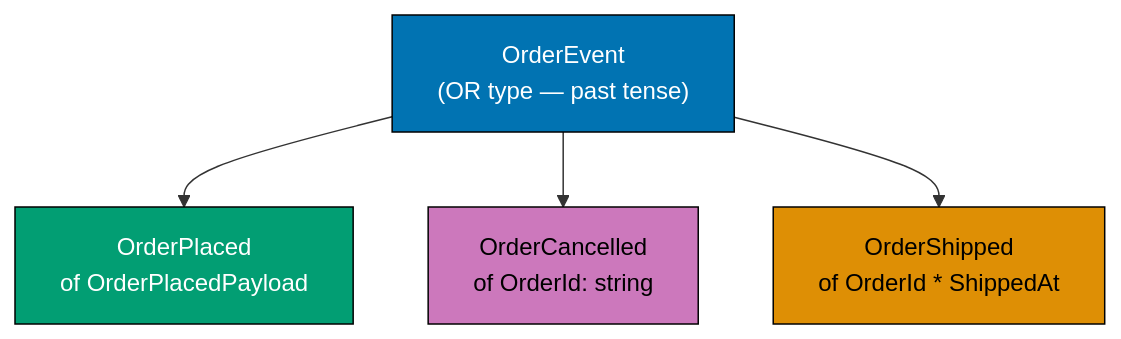
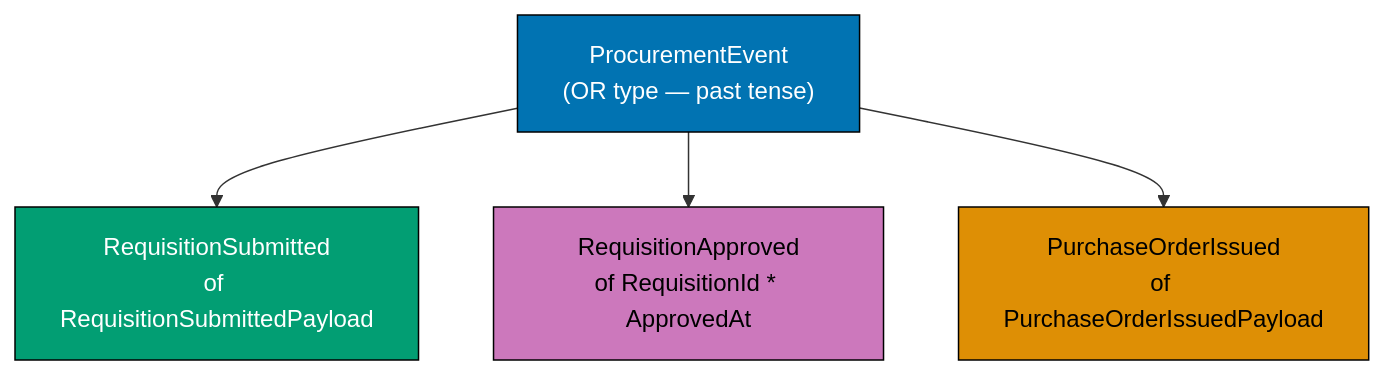
One commit to wahidyankf/open-sharia-enterprise changed the first of 3 diagrams in apps/ayokoding-web/content/en/learn/software-engineering/architecture/domain-driven-design-ddd/fp-by-example/beginner.md. Above: the diagram before and after it, drawn with Mermaid. The commit also changed other lines of this file and 38 other files, not shown here.

First line of the commit message:
docs(ayokoding-web): unify architecture tutorials on shared P2P domain

````diff
--- a/apps/ayokoding-web/content/en/learn/software-engineering/architecture/domain-driven-design-ddd/fp-by-example/beginner.md
+++ b/apps/ayokoding-web/content/en/learn/software-engineering/architecture/domain-driven-design-ddd/fp-by-example/beginner.md
@@ -70,16 +73,16 @@
 ```mermaid
 graph TD
-    OE["OrderEvent\n(OR type — past tense)"]
-    OP["OrderPlaced\nof OrderPlacedPayload"]
-    OC["OrderCancelled\nof OrderId: string"]
-    OS["OrderShipped\nof OrderId * ShippedAt"]
+    PE["ProcurementEvent\n(OR type — past tense)"]
+    RS["RequisitionSubmitted\nof RequisitionSubmittedPayload"]
+    RA["RequisitionApproved\nof RequisitionId * ApprovedAt"]
+    PI["PurchaseOrderIssued\nof PurchaseOrderIssuedPayload"]
 
-    OE --> OP
-    OE --> OC
-    OE --> OS
+    PE --> RS
+    PE --> RA
+    PE --> PI
 
-    style OE fill:#0173B2,stroke:#000,color:#fff
-    style OP fill:#029E73,stroke:#000,color:#fff
-    style OC fill:#CC78BC,stroke:#000,color:#000
-    style OS fill:#DE8F05,stroke:#000,color:#000
+    style PE fill:#0173B2,stroke:#000,color:#fff
+    style RS fill:#029E73,stroke:#000,color:#fff
+    style RA fill:#CC78BC,stroke:#000,color:#000
+    style PI fill:#DE8F05,stroke:#000,color:#000
 ```
````
